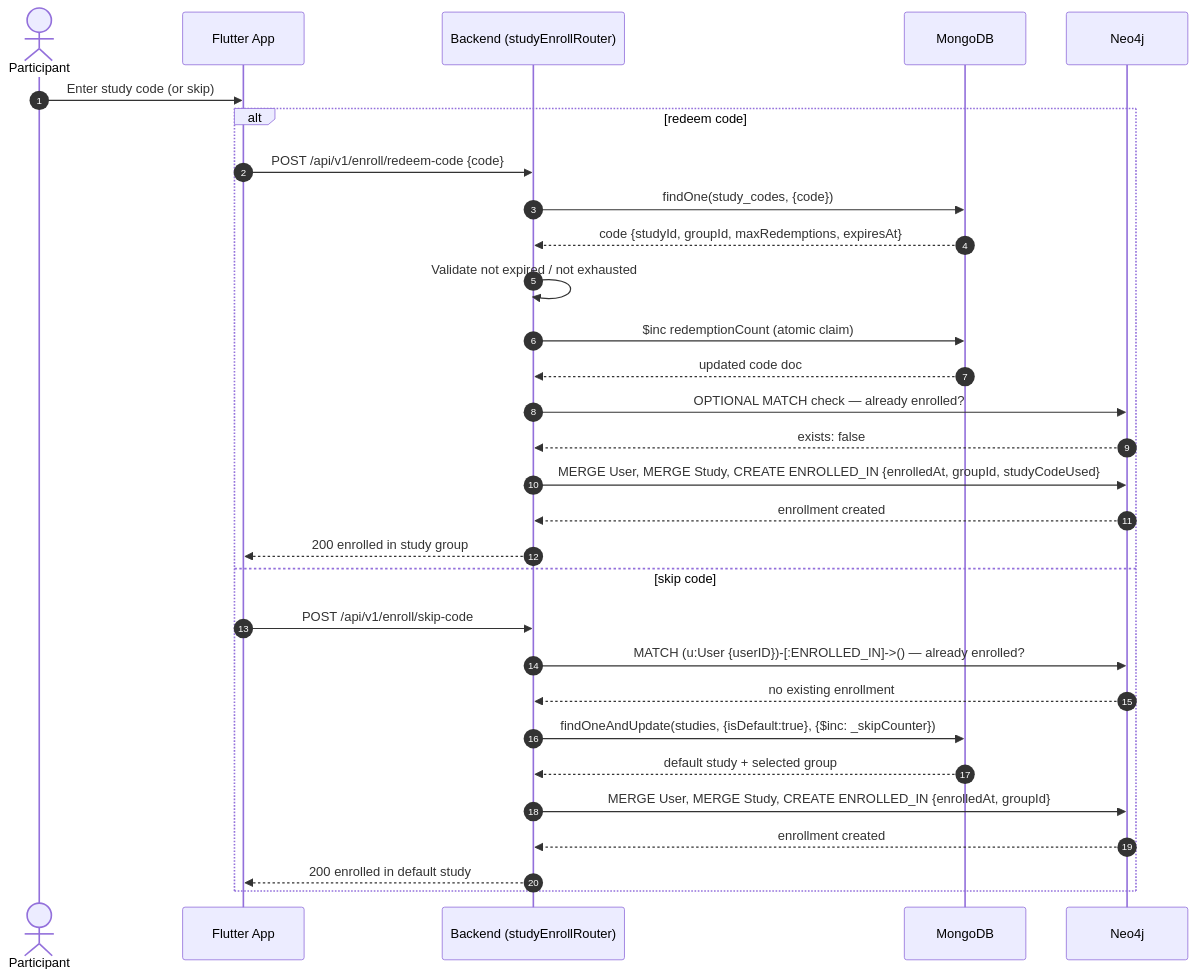
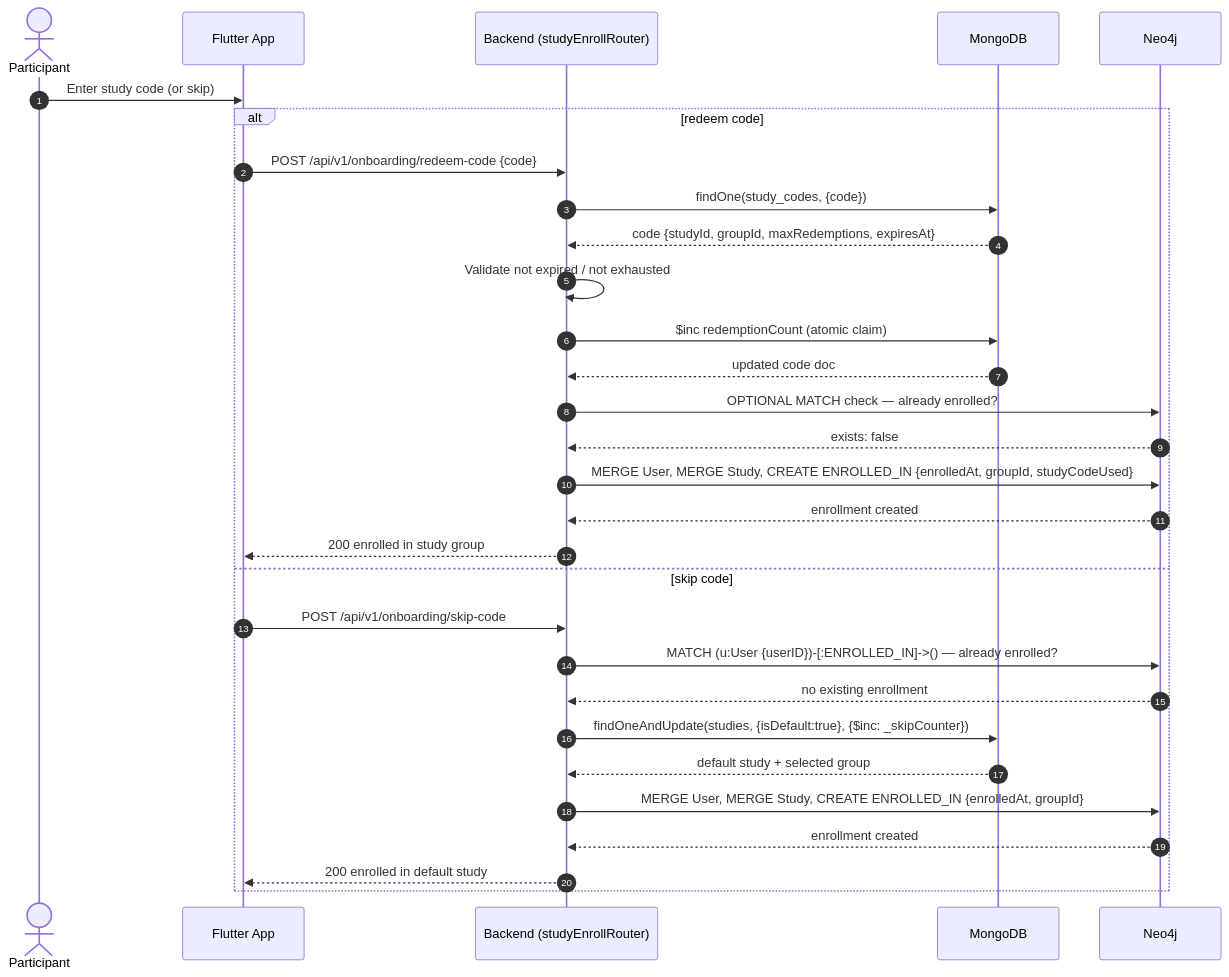
Before and after one commit to Bulgy404/health-habit-hub: the diagram in docs/diagrams/sequences/UC-09-enroll-in-study.mmd, drawn with Mermaid. The commit also changed 59 other files, not shown here.

```diff
--- a/docs/diagrams/sequences/UC-09-enroll-in-study.mmd
+++ b/docs/diagrams/sequences/UC-09-enroll-in-study.mmd
@@ -1,34 +1,36 @@
 %% UC-09 — Enroll in study (redeem or skip study code)
 %% Enrollment edge is now stored in Neo4j (ENROLLED_IN relationship);
 %% group config stays in MongoDB studies collection.
+%% Covers first-time onboarding only — see UC-38 for switching to a
+%% different study or leaving one after onboarding is already complete.
 sequenceDiagram
     autonumber
     actor P as Participant
     participant F as Flutter App
     participant B as Backend (studyEnrollRouter)
     participant M as MongoDB
     participant N as Neo4j
 
     P->>F: Enter study code (or skip)
     alt redeem code
-        F->>B: POST /api/v1/enroll/redeem-code {code}
+        F->>B: POST /api/v1/onboarding/redeem-code {code}
         B->>M: findOne(study_codes, {code})
         M-->>B: code {studyId, groupId, maxRedemptions, expiresAt}
         B->>B: Validate not expired / not exhausted
         B->>M: $inc redemptionCount (atomic claim)
         M-->>B: updated code doc
         B->>N: OPTIONAL MATCH check — already enrolled?
         N-->>B: exists: false
         B->>N: MERGE User, MERGE Study, CREATE ENROLLED_IN {enrolledAt, groupId, studyCodeUsed}
         N-->>B: enrollment created
         B-->>F: 200 enrolled in study group
     else skip code
-        F->>B: POST /api/v1/enroll/skip-code
+        F->>B: POST /api/v1/onboarding/skip-code
         B->>N: MATCH (u:User {userID})-[:ENROLLED_IN]->() — already enrolled?
         N-->>B: no existing enrollment
         B->>M: findOneAndUpdate(studies, {isDefault:true}, {$inc: _skipCounter})
         M-->>B: default study + selected group
         B->>N: MERGE User, MERGE Study, CREATE ENROLLED_IN {enrolledAt, groupId}
         N-->>B: enrollment created
         B-->>F: 200 enrolled in default study
     end
```
